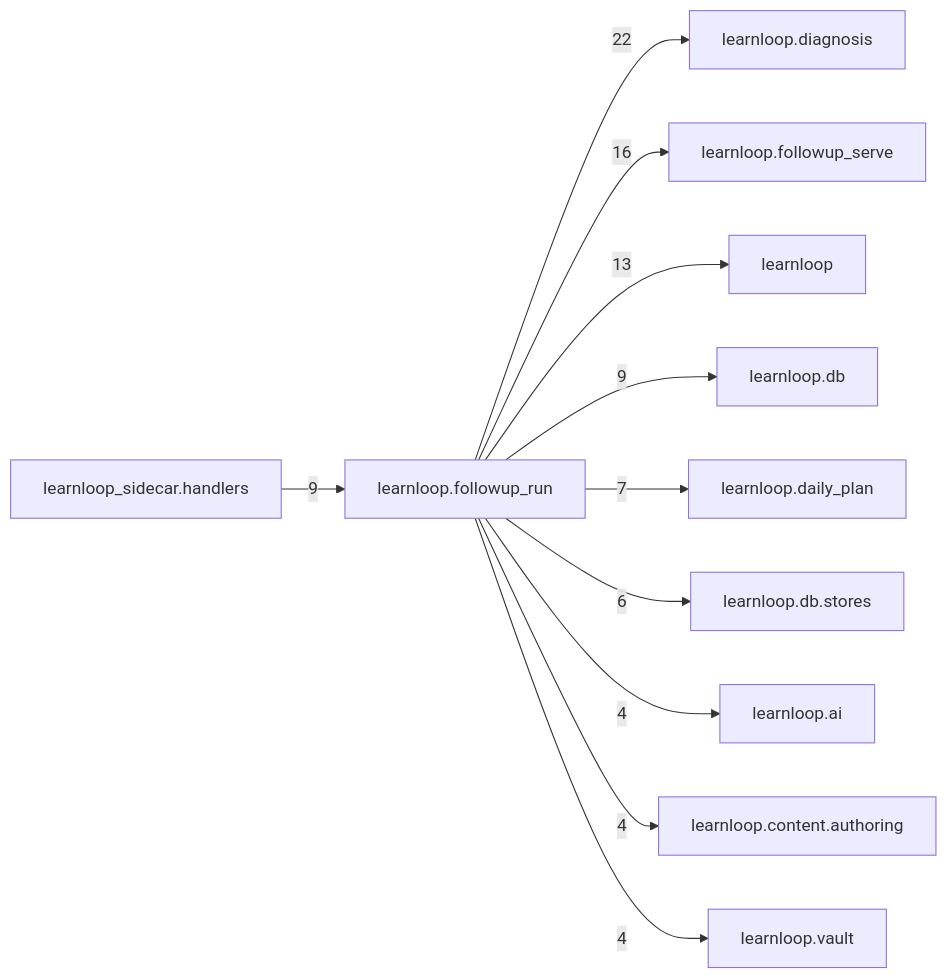
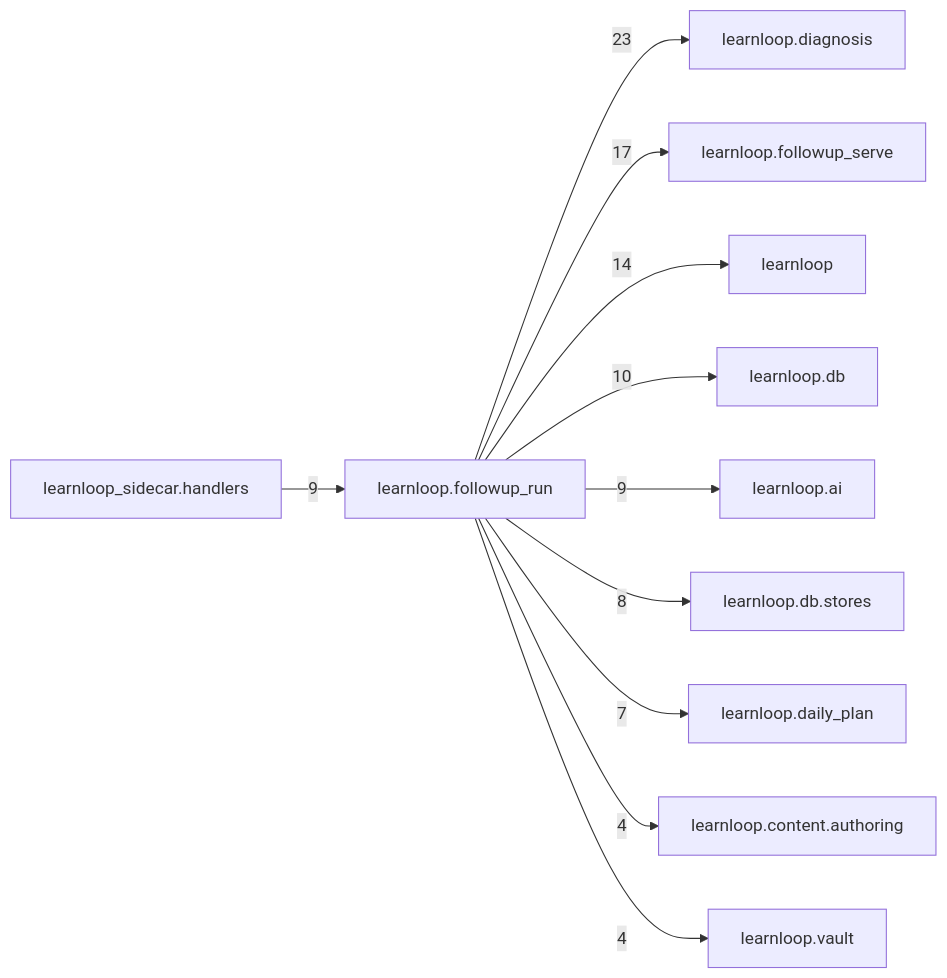
One commit to 6up-b/learnanything changed the diagram in docs/learnloop-architecture-vault/Reference/Modules/learnloop/followup_run/_package.md. Above: the diagram before and after it, drawn with Mermaid. The commit also changed other lines of this file and 49 other files, not shown here.

````diff
--- a/docs/learnloop-architecture-vault/Reference/Modules/learnloop/followup_run/_package.md
+++ b/docs/learnloop-architecture-vault/Reference/Modules/learnloop/followup_run/_package.md
@@ -97,24 +99,24 @@
 ```mermaid
 flowchart LR
     center["learnloop.followup_run"]
     n_learnloop_diagnosis["learnloop.diagnosis"]
     n_learnloop_followup_serve["learnloop.followup_serve"]
     n_learnloop["learnloop"]
     n_learnloop_db["learnloop.db"]
+    n_learnloop_ai["learnloop.ai"]
     n_learnloop_sidecar_handlers["learnloop_sidecar.handlers"]
+    n_learnloop_db_stores["learnloop.db.stores"]
     n_learnloop_daily_plan["learnloop.daily_plan"]
-    n_learnloop_db_stores["learnloop.db.stores"]
-    n_learnloop_ai["learnloop.ai"]
     n_learnloop_content_authoring["learnloop.content.authoring"]
     n_learnloop_vault["learnloop.vault"]
-    center -->|22| n_learnloop_diagnosis
-    center -->|16| n_learnloop_followup_serve
-    center -->|13| n_learnloop
-    center -->|9| n_learnloop_db
+    center -->|23| n_learnloop_diagnosis
+    center -->|17| n_learnloop_followup_serve
+    center -->|14| n_learnloop
+    center -->|10| n_learnloop_db
+    center -->|9| n_learnloop_ai
     n_learnloop_sidecar_handlers -->|9| center
+    center -->|8| n_learnloop_db_stores
     center -->|7| n_learnloop_daily_plan
-    center -->|6| n_learnloop_db_stores
-    center -->|4| n_learnloop_ai
     center -->|4| n_learnloop_content_authoring
     center -->|4| n_learnloop_vault
 ```
````
